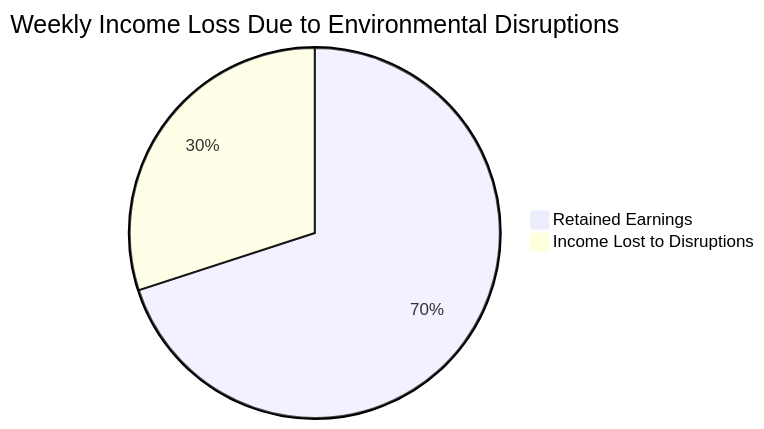
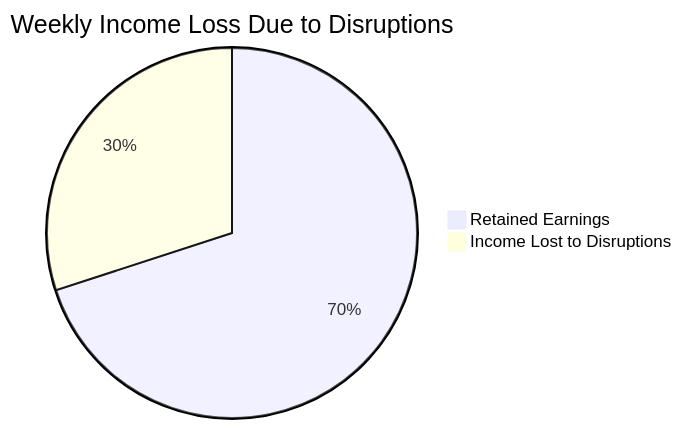
One commit to ed6095-web/Guidewire-DEVTrails-2026 changed the first of 4 diagrams in README.md. Above: the diagram before and after it, drawn with Mermaid. The commit also changed other lines of this file, not shown here.

````diff
--- a/README.md
+++ b/README.md
@@ -27,5 +27,5 @@
 ```mermaid
-pie title Weekly Income Loss Due to Environmental Disruptions
+pie title Weekly Income Loss Due to Disruptions
     "Retained Earnings" : 70
     "Income Lost to Disruptions" : 30
 ```
````
